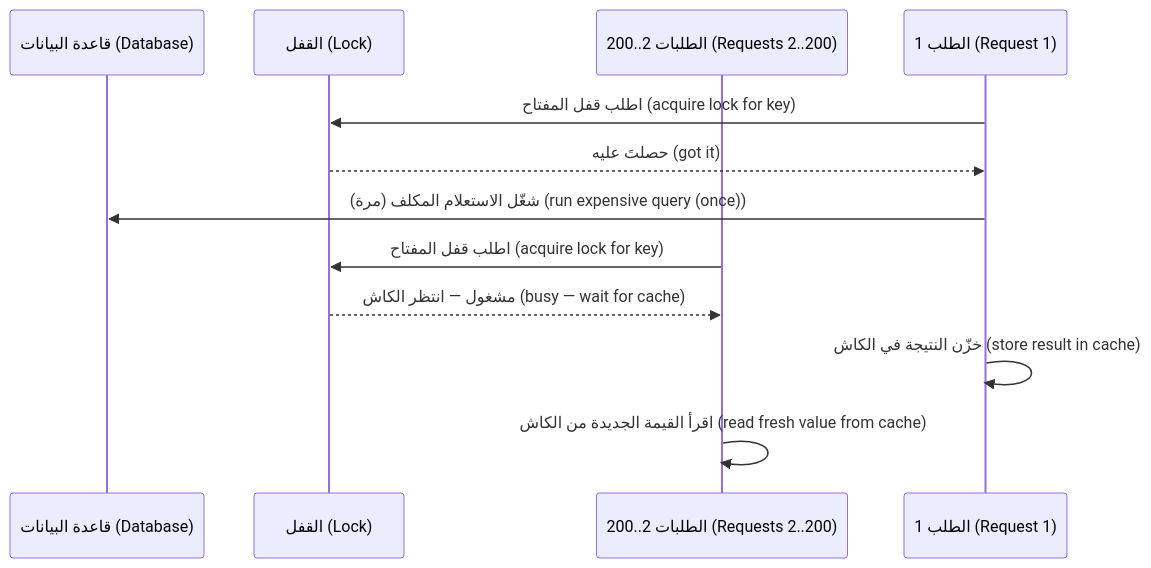
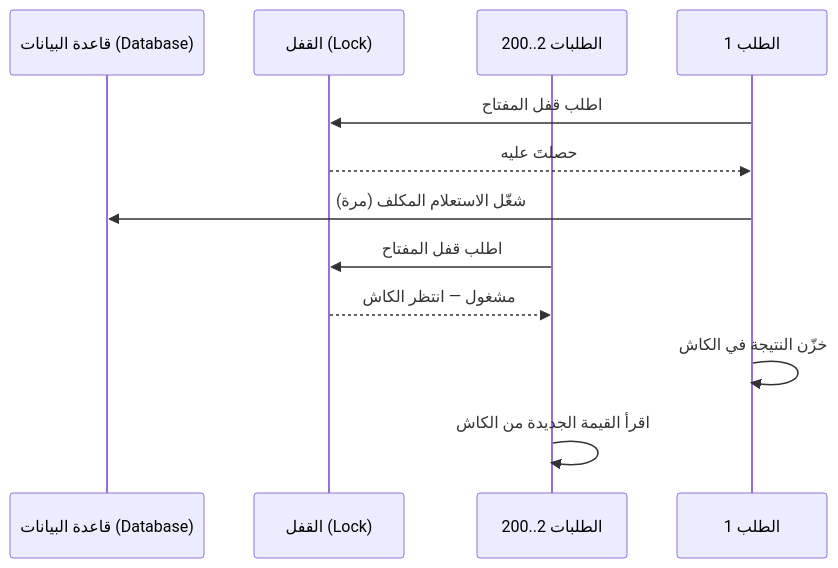
The fifth of 5 diagrams in modules/03-caching/module.ar.md (Tamoura/system-design-for-vibe-coders), drawn with Mermaid before and after one commit. The commit also changed other lines of this file and 551 other files, not shown here.

````diff
--- a/modules/03-caching/module.ar.md
+++ b/modules/03-caching/module.ar.md
@@ -389,14 +391,14 @@
 ```mermaid
 sequenceDiagram
     participant DB as قاعدة البيانات (Database)
     participant L as القفل (Lock)
-    participant R2 as الطلبات 2..200 (Requests 2..200)
-    participant R1 as الطلب 1 (Request 1)
-    R1->>L: اطلب قفل المفتاح (acquire lock for key)
-    L-->>R1: حصلتَ عليه (got it)
-    R1->>DB: شغّل الاستعلام المكلف (مرة) (run expensive query (once))
-    R2->>L: اطلب قفل المفتاح (acquire lock for key)
-    L-->>R2: مشغول — انتظر الكاش (busy — wait for cache)
-    R1->>R1: خزّن النتيجة في الكاش (store result in cache)
-    R2->>R2: اقرأ القيمة الجديدة من الكاش (read fresh value from cache)
+    participant R2 as الطلبات 2..200
+    participant R1 as الطلب 1
+    R1->>L: اطلب قفل المفتاح
+    L-->>R1: حصلتَ عليه
+    R1->>DB: شغّل الاستعلام المكلف (مرة)
+    R2->>L: اطلب قفل المفتاح
+    L-->>R2: مشغول — انتظر الكاش
+    R1->>R1: خزّن النتيجة في الكاش
+    R2->>R2: اقرأ القيمة الجديدة من الكاش
 ```
````
